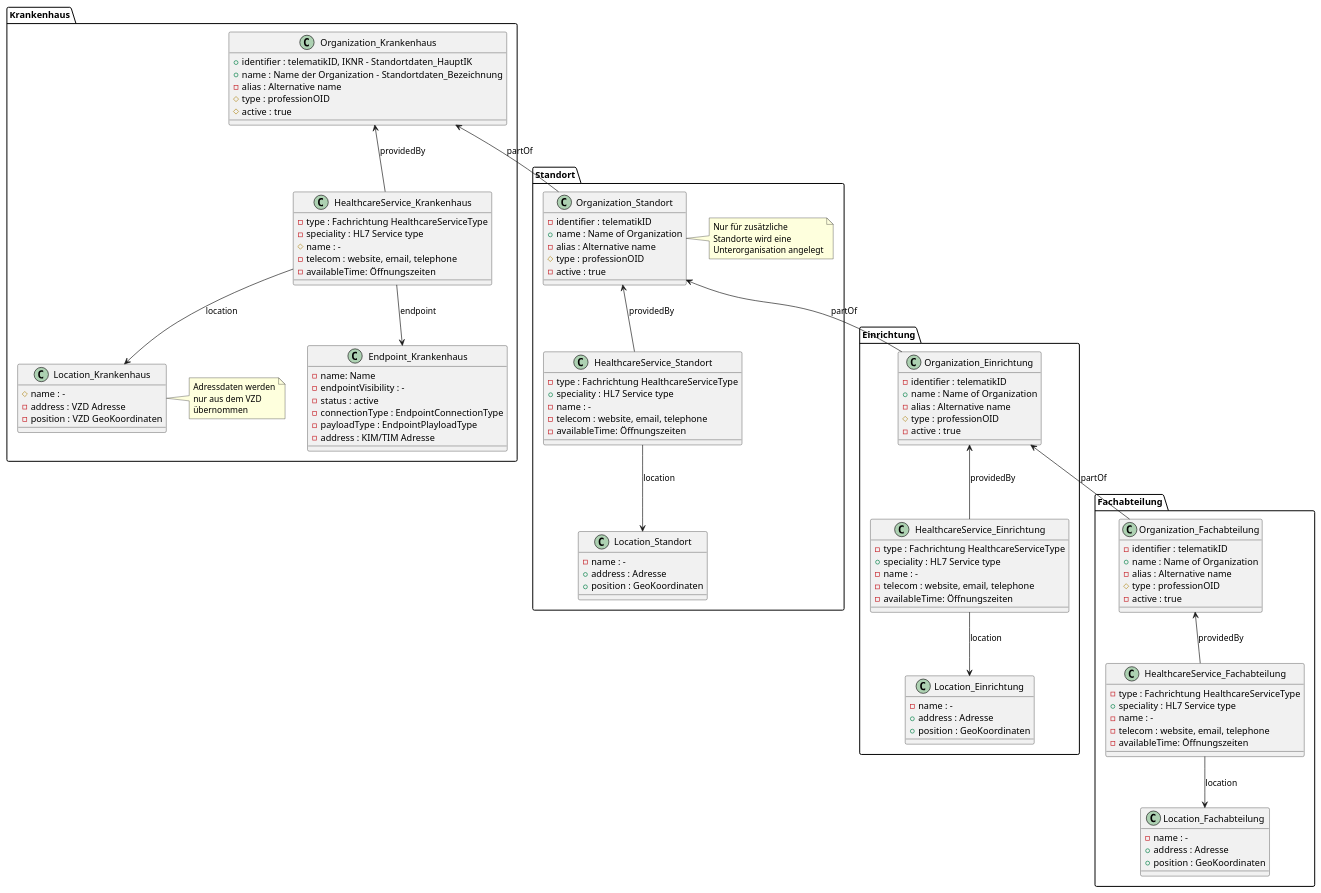
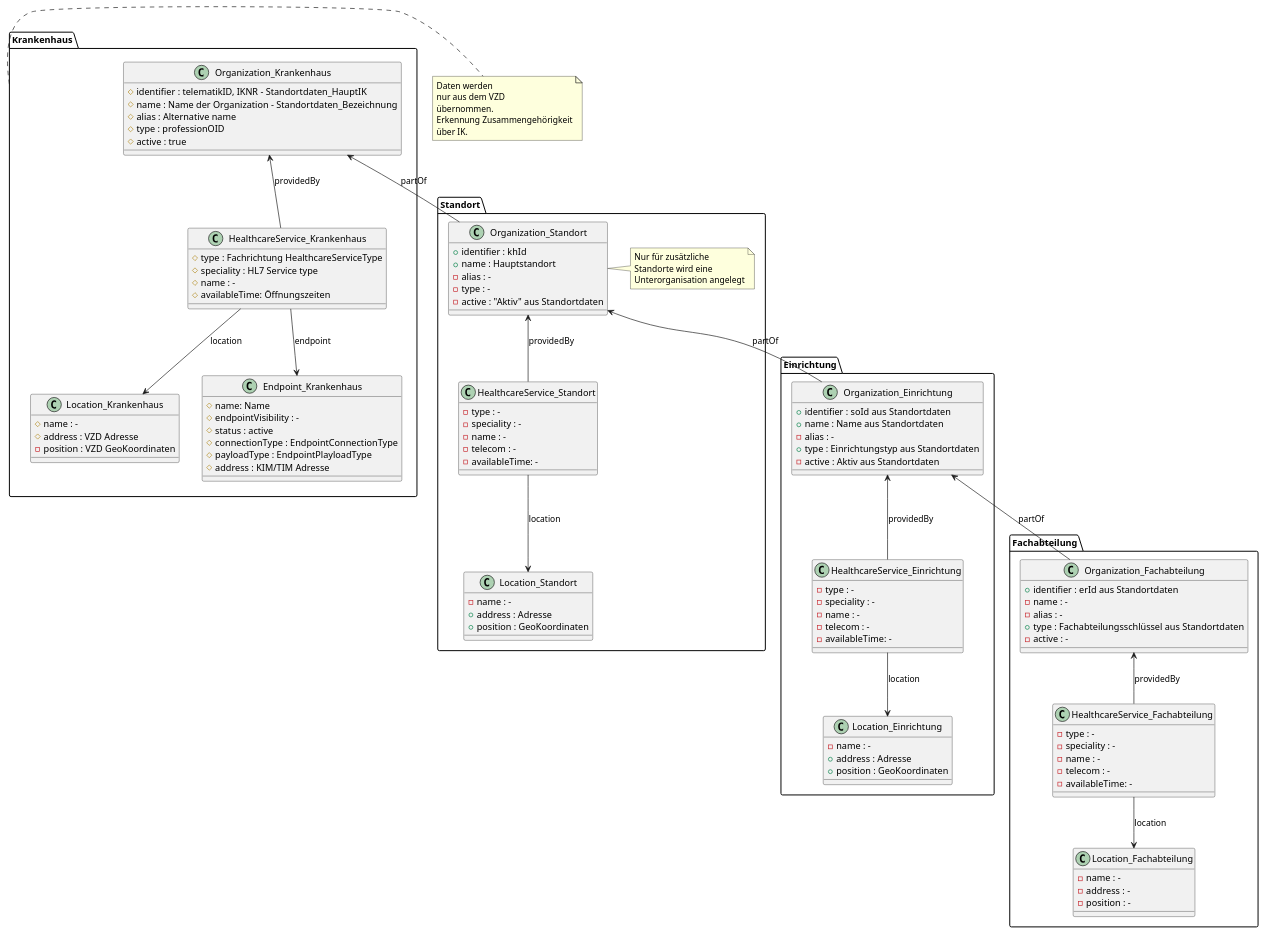
One commit to gematik/api-vzd changed the diagram in src/plantuml/OrgStruct/Standortverzeichnis.puml. Above: the diagram before and after it, drawn with PlantUML.

```diff
--- a/src/plantuml/OrgStruct/Standortverzeichnis.puml
+++ b/src/plantuml/OrgStruct/Standortverzeichnis.puml
@@ -1,159 +1,162 @@
 @startuml
 
 package "Krankenhaus" {
-
+  
 class Organization_Krankenhaus {
-+identifier : telematikID, IKNR - Standortdaten_HauptIK
-+name : Name der Organization - Standortdaten_Bezeichnung
--alias : Alternative name
+#identifier : telematikID, IKNR - Standortdaten_HauptIK
+#name : Name der Organization - Standortdaten_Bezeichnung
+#alias : Alternative name
 #type : professionOID
 #active : true
 }
 
 
 
 class HealthcareService_Krankenhaus {
--type : Fachrichtung HealthcareServiceType
--speciality : HL7 Service type
+#type : Fachrichtung HealthcareServiceType
+#speciality : HL7 Service type
 #name : -
--telecom : website, email, telephone
--availableTime: Öffnungszeiten
+#availableTime: Öffnungszeiten
 }
 
 Organization_Krankenhaus <-- HealthcareService_Krankenhaus : providedBy
 HealthcareService_Krankenhaus --> Location_Krankenhaus : location
 HealthcareService_Krankenhaus --> Endpoint_Krankenhaus : endpoint
 
 
 class Location_Krankenhaus {
 #name : -
--address : VZD Adresse 
+#address : VZD Adresse 
 -position : VZD GeoKoordinaten
 }
-note left of Location_Krankenhaus 
-   Adressdaten werden
-   nur aus dem VZD
-   übernommen
-end note   
+
 
 class Endpoint_Krankenhaus {
--name: Name
--endpointVisibility : -
--status : active
--connectionType : EndpointConnectionType
--payloadType : EndpointPlayloadType
--address : KIM/TIM Adresse
+#name: Name
+#endpointVisibility : -
+#status : active
+#connectionType : EndpointConnectionType
+#payloadType : EndpointPlayloadType
+#address : KIM/TIM Adresse
 }
 
 }
 
+note right of Krankenhaus 
+   Daten werden
+   nur aus dem VZD
+   übernommen.
+   Erkennung Zusammengehörigkeit
+   über IK.
+end note   
+
 package "Standort" {
 
 class Organization_Standort {
--identifier : telematikID
-+name : Name of Organization
--alias : Alternative name
-#type : professionOID
--active : true
++identifier : khId
++name : Hauptstandort
+-alias : -
+-type : -
+-active : "Aktiv" aus Standortdaten
 }
 note right of Organization_Standort 
    Nur für zusätzliche
    Standorte wird eine
    Unterorganisation angelegt
 end note 
 
 Organization_Krankenhaus <-- Organization_Standort : "partOf"
 HealthcareService_Krankenhaus -[hidden]right-> Organization_Standort
 
 class HealthcareService_Standort {
--type : Fachrichtung HealthcareServiceType
-+speciality : HL7 Service type
+-type : -
+-speciality : -
 -name : -
--telecom : website, email, telephone
--availableTime: Öffnungszeiten
+-telecom : -
+-availableTime: -
 }
 
 HealthcareService_Standort --> Location_Standort : location
 Organization_Standort <-- HealthcareService_Standort : providedBy
 
 
 
 class Location_Standort {
 -name : -
 +address : Adresse
 +position : GeoKoordinaten
 }
 
 }
 
 package "Einrichtung" {
 
 class Organization_Einrichtung {
--identifier : telematikID
-+name : Name of Organization
--alias : Alternative name
-#type : professionOID
--active : true
++identifier : soId aus Standortdaten
++name : Name aus Standortdaten
+-alias : -
++type : Einrichtungstyp aus Standortdaten
+-active : Aktiv aus Standortdaten
 }
 
 
 Organization_Standort <-- Organization_Einrichtung : "partOf"
 
 class HealthcareService_Einrichtung {
--type : Fachrichtung HealthcareServiceType
-+speciality : HL7 Service type
+-type : -
+-speciality : -
 -name : -
--telecom : website, email, telephone
--availableTime: Öffnungszeiten
+-telecom : -
+-availableTime: -
 }
 
 HealthcareService_Einrichtung --> Location_Einrichtung : location
 Organization_Einrichtung <-- HealthcareService_Einrichtung : providedBy
 
 
 
 class Location_Einrichtung {
 -name : -
 +address : Adresse
 +position : GeoKoordinaten
 }
 
 }
 
 
 package "Fachabteilung" {
 
 
 class Organization_Fachabteilung {
--identifier : telematikID
-+name : Name of Organization
--alias : Alternative name
-#type : professionOID
--active : true
++identifier : erId aus Standortdaten
+-name : -
+-alias : -
++type : Fachabteilungsschlüssel aus Standortdaten
+-active : -
 }
 
 
 Organization_Einrichtung <-- Organization_Fachabteilung : "partOf"
 
 class HealthcareService_Fachabteilung {
--type : Fachrichtung HealthcareServiceType
-+speciality : HL7 Service type
+-type : -
+-speciality : -
 -name : -
--telecom : website, email, telephone
--availableTime: Öffnungszeiten
+-telecom : -
+-availableTime: -
 }
 
 HealthcareService_Fachabteilung --> Location_Fachabteilung : location
 Organization_Fachabteilung <-- HealthcareService_Fachabteilung : providedBy
 
 
 class Location_Fachabteilung {
 -name : -
-+address : Adresse
-+position : GeoKoordinaten
+-address : -
+-position : -
 }
 
 }
 
 
 @enduml
```
